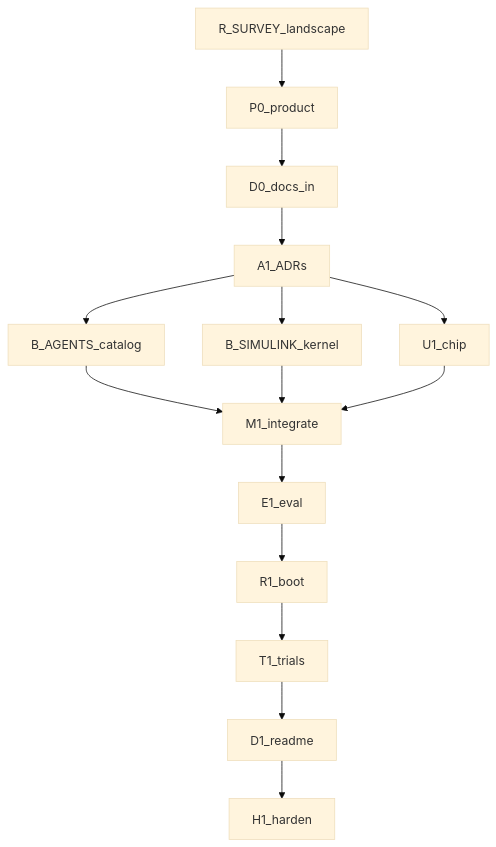
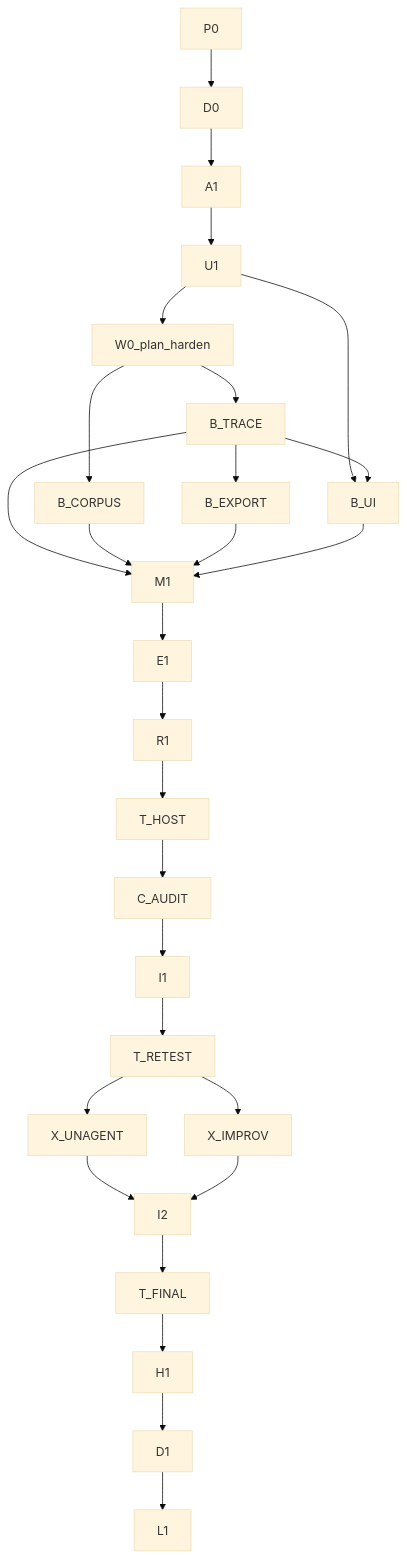
One commit to Vinayak-RZ/ARC changed the diagram in LOOP_GRAPH.md. Above: the diagram before and after it, drawn with Mermaid (base theme). The commit also changed other lines of this file and 55 other files, not shown here.

First line of the commit message:
docs(kernel-harden): Wave 0 Gate0, PRODUCT overlay, ADR JSONL, archive Simulink graph, extensive loop plans

````diff
--- a/LOOP_GRAPH.md
+++ b/LOOP_GRAPH.md
@@ -72,18 +85,30 @@
 ```mermaid
 flowchart TB
-  R_SURVEY[R_SURVEY_landscape]
-  R_SURVEY --> P0[P0_product]
-  P0 --> D0[D0_docs_in]
-  D0 --> A1[A1_ADRs]
-  A1 --> B_AGENTS[B_AGENTS_catalog]
-  A1 --> B_SIMULINK[B_SIMULINK_kernel]
-  A1 --> U1[U1_chip]
-  B_AGENTS --> M1[M1_integrate]
-  B_SIMULINK --> M1
-  U1 --> M1
-  M1 --> E1[E1_eval]
-  E1 --> R1[R1_boot]
-  R1 --> T1[T1_trials]
-  T1 --> D1[D1_readme]
-  D1 --> H1[H1_harden]
+  P0[P0] --> D0[D0]
+  D0 --> A1[A1]
+  A1 --> U1[U1]
+  U1 --> PLANH[W0_plan_harden]
+  PLANH --> B_TRACE[B_TRACE]
+  PLANH --> B_CORPUS[B_CORPUS]
+  B_TRACE --> B_EXPORT[B_EXPORT]
+  U1 --> B_UI[B_UI]
+  B_TRACE --> B_UI
+  B_TRACE --> M1[M1]
+  B_CORPUS --> M1
+  B_EXPORT --> M1
+  B_UI --> M1
+  M1 --> E1[E1]
+  E1 --> R1[R1]
+  R1 --> T_HOST[T_HOST]
+  T_HOST --> C_AUDIT[C_AUDIT]
+  C_AUDIT --> I1[I1]
+  I1 --> T_RETEST[T_RETEST]
+  T_RETEST --> X_UNAGENT[X_UNAGENT]
+  T_RETEST --> X_IMPROV[X_IMPROV]
+  X_UNAGENT --> I2[I2]
+  X_IMPROV --> I2
+  I2 --> T_FINAL[T_FINAL]
+  T_FINAL --> H1[H1]
+  H1 --> D1[D1]
+  D1 --> L1[L1]
 ```
````
